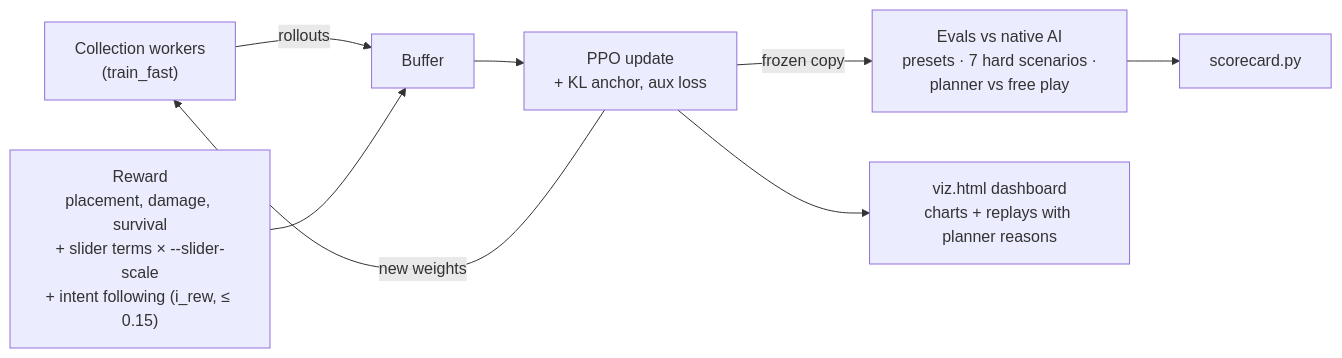
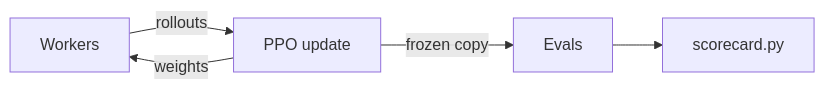
Before and after one commit to alessioog77777/bsrl-sim: the second of 2 diagrams in README.md, drawn with Mermaid. The commit also changed other lines of this file, not shown here.

First line of the commit message:
README: smaller diagrams; planner rules and their call shares as one table

````diff
--- a/README.md
+++ b/README.md
@@ -39,10 +33,5 @@
 ```mermaid
 flowchart LR
-    W["Collection workers<br/>(train_fast)"] -->|"rollouts"| B["Buffer"]
-    B --> U["PPO update<br/>+ KL anchor, aux loss"]
-    U -->|"new weights"| W
-    R["Reward<br/>placement, damage, survival<br/>+ slider terms × --slider-scale<br/>+ intent following (i_rew, ≤ 0.15)"] --> B
-    U -->|"frozen copy"| EV["Evals vs native AI<br/>presets · 7 hard scenarios ·<br/>planner vs free play"]
-    EV --> SC["scorecard.py"]
-    U --> V["viz.html dashboard<br/>charts + replays with planner reasons"]
+    W["Workers"] -->|"rollouts"| U["PPO update"] -->|"weights"| W
+    U -->|"frozen copy"| EV["Evals"] --> SC["scorecard.py"]
 ```
````
